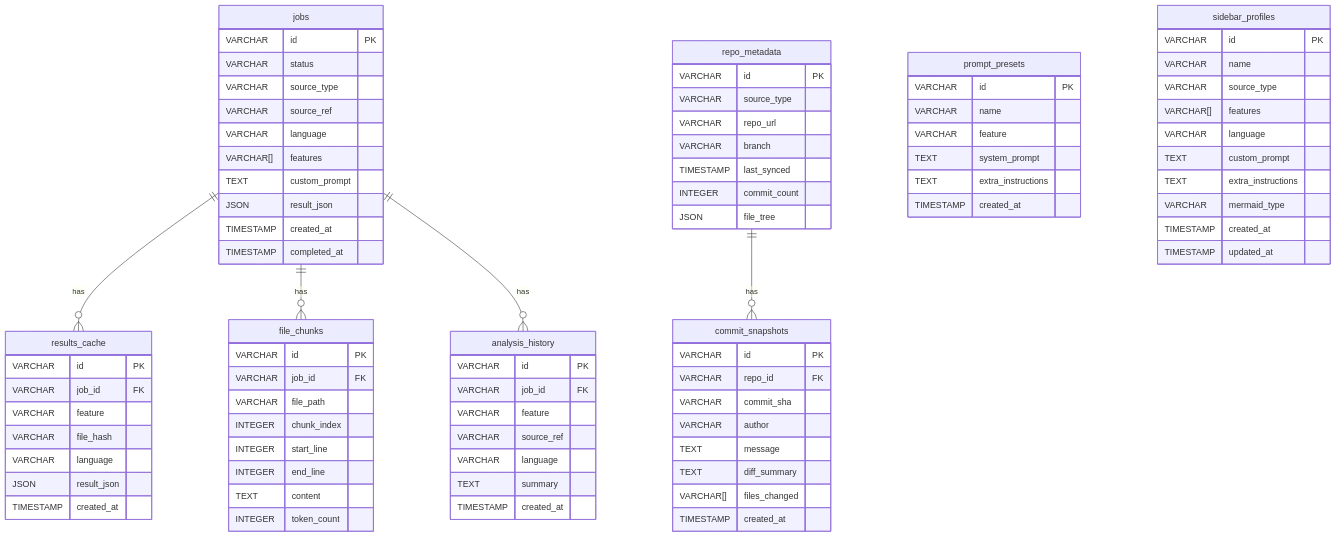
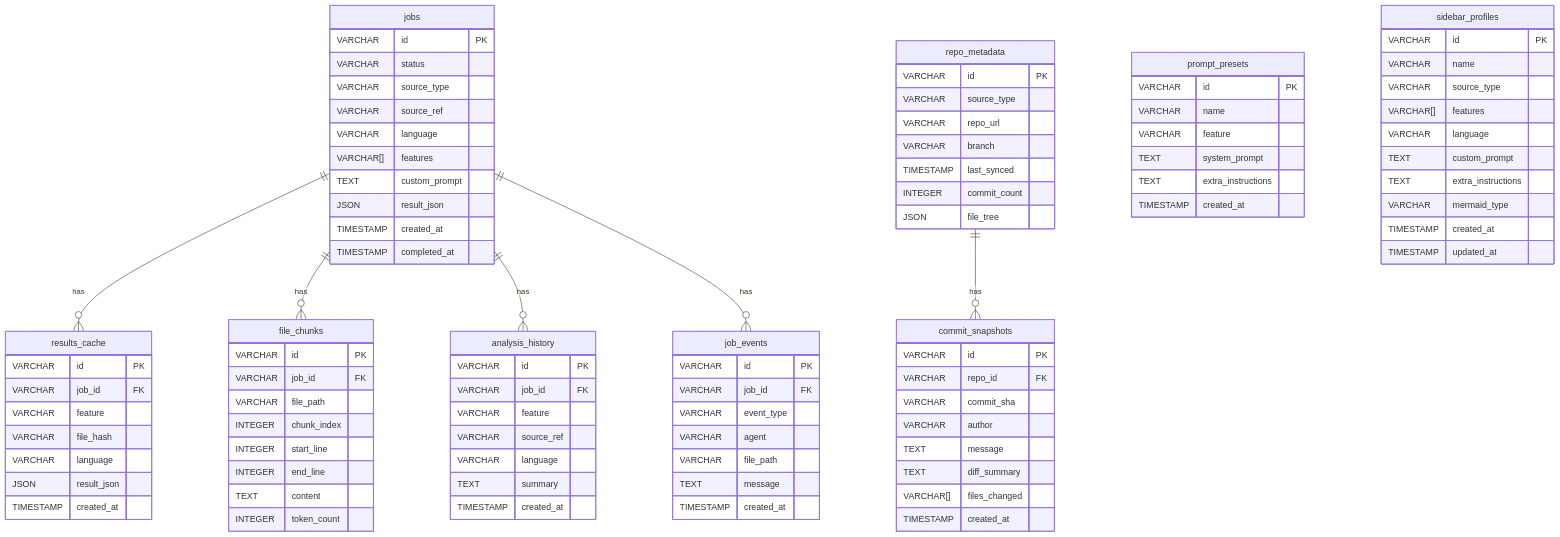
One commit to bravetux/Code_AI_Maniac changed the third of 3 diagrams in README.md. Above: the diagram before and after it, drawn with Mermaid. The commit also changed other lines of this file and 2 other files, not shown here.

````diff
--- a/README.md
+++ b/README.md
@@ -408,6 +517,15 @@
         VARCHAR source_ref
         VARCHAR language
         TEXT summary
+        TIMESTAMP created_at
+    }
+    job_events {
+        VARCHAR id PK
+        VARCHAR job_id FK
+        VARCHAR event_type
+        VARCHAR agent
+        VARCHAR file_path
+        TEXT message
         TIMESTAMP created_at
     }
     repo_metadata {
@@ -453,5 +571,6 @@
     jobs ||--o{ results_cache : "has"
     jobs ||--o{ file_chunks : "has"
     jobs ||--o{ analysis_history : "has"
+    jobs ||--o{ job_events : "has"
     repo_metadata ||--o{ commit_snapshots : "has"
 ```
````
